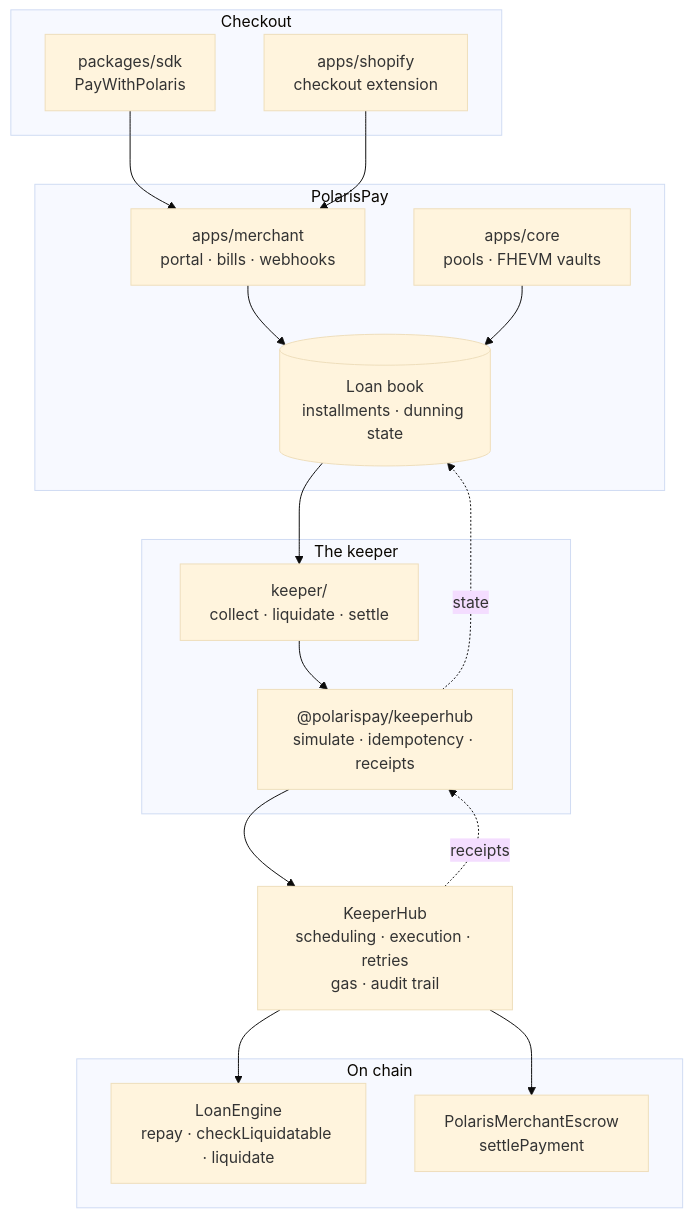
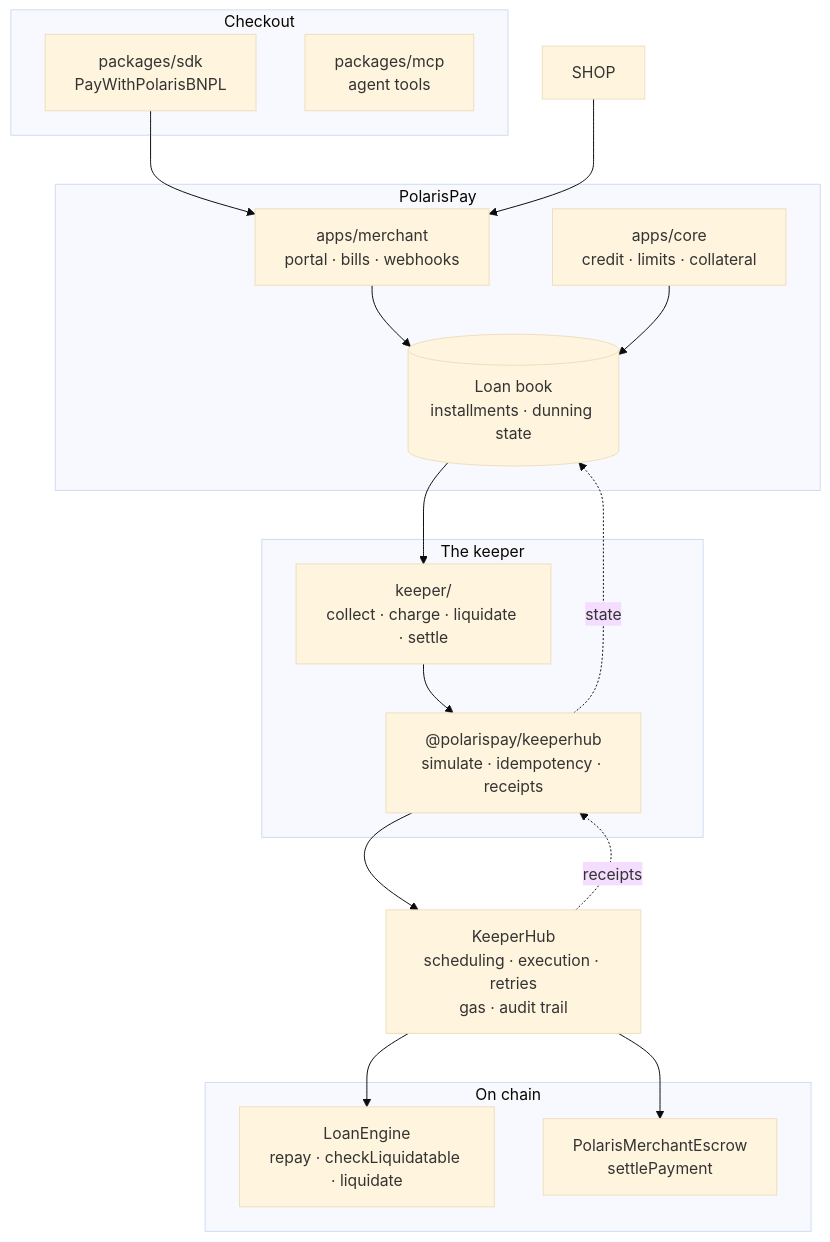
The first of 2 diagrams in docs/ARCHITECTURE.md (nickthelegend/polarispay-keeperhub), drawn with Mermaid (base theme) before and after one commit. The commit also changed other lines of this file and 3 other files, not shown here.

````diff
--- a/docs/ARCHITECTURE.md
+++ b/docs/ARCHITECTURE.md
@@ -9,37 +9,37 @@
 ```mermaid
 flowchart TB
     subgraph client["Checkout"]
-        SDK["packages/sdk<br/>PayWithPolaris"]
-        SHOP["apps/shopify<br/>checkout extension"]
+        SDK["packages/sdk<br/>PayWithPolarisBNPL"]
+        MCP["packages/mcp<br/>agent tools"]
     end
 
     subgraph product["PolarisPay"]
         MERCH["apps/merchant<br/>portal · bills · webhooks"]
-        CORE["apps/core<br/>pools · FHEVM vaults"]
+        CORE["apps/core<br/>credit · limits · collateral"]
         BOOK[("Loan book<br/>installments · dunning state")]
     end
 
     subgraph keeperlayer["The keeper"]
-        KEEP["keeper/<br/>collect · liquidate · settle"]
+        KEEP["keeper/<br/>collect · charge · liquidate · settle"]
         ENG["@polarispay/keeperhub<br/>simulate · idempotency · receipts"]
     end
 
     KH["KeeperHub<br/>scheduling · execution · retries<br/>gas · audit trail"]
 
     subgraph chain["On chain"]
         LE["LoanEngine<br/>repay · checkLiquidatable · liquidate"]
         ESC["PolarisMerchantEscrow<br/>settlePayment"]
     end
 
     SDK --> MERCH
     SHOP --> MERCH
     MERCH --> BOOK
     CORE --> BOOK
     BOOK --> KEEP
     KEEP --> ENG
     ENG --> KH
     KH --> LE
     KH --> ESC
     KH -. receipts .-> ENG
     ENG -. state .-> BOOK
 ```
````
